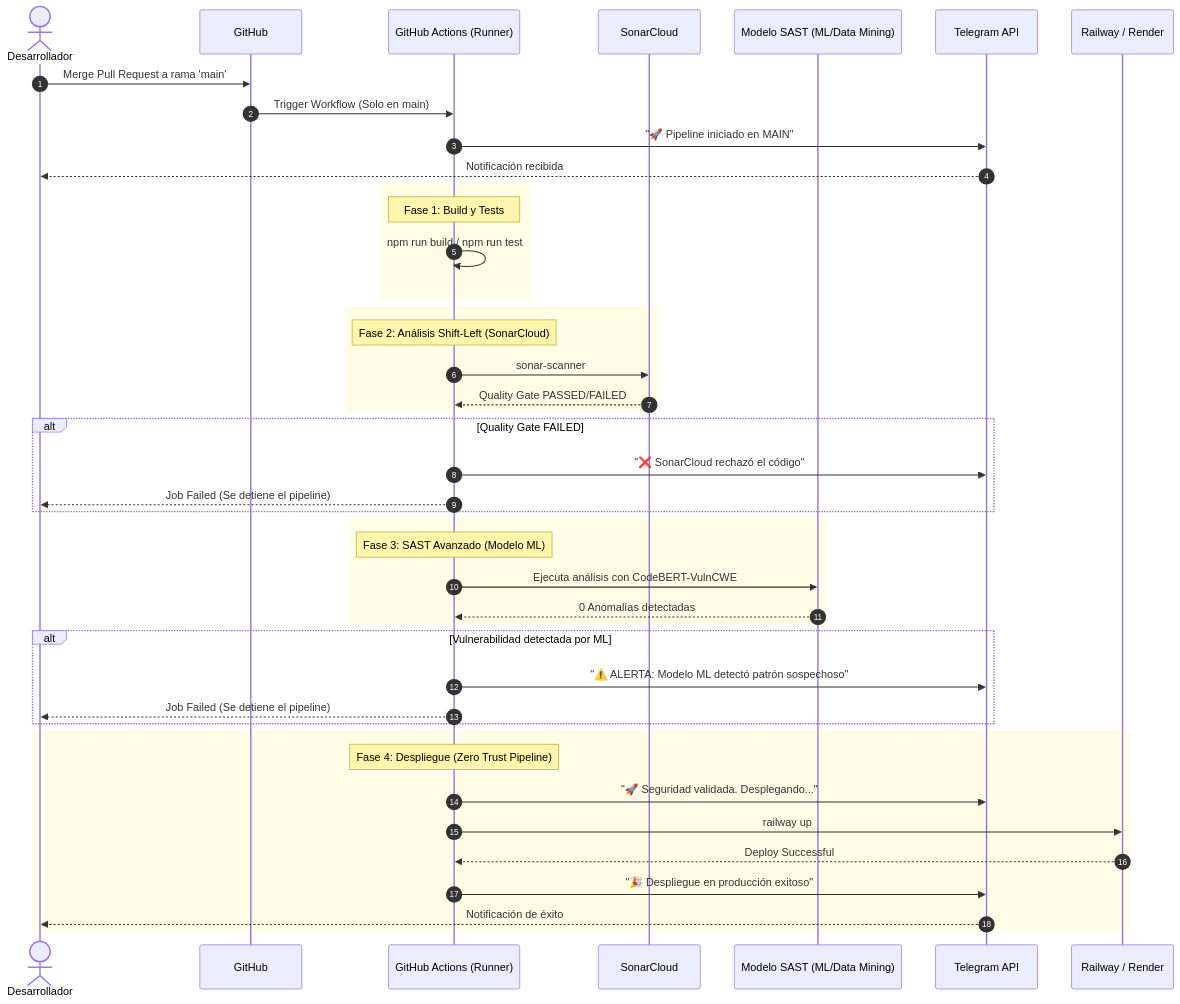
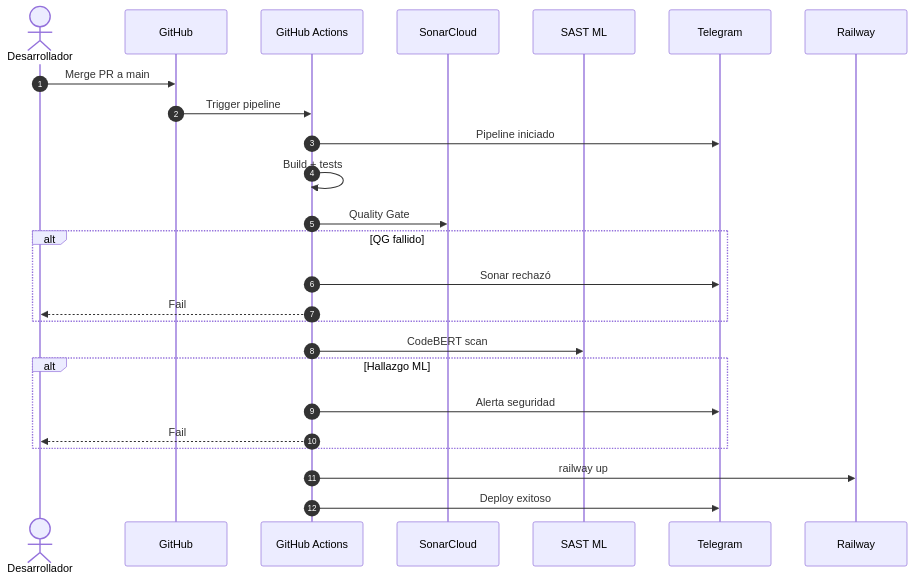
Before and after one commit to AlejandroToscan0/ProyectoP3_SWSeguro: the fourth of 4 diagrams in README.md, drawn with Mermaid. The commit also changed other lines of this file, not shown here.

````diff
--- a/README.md
+++ b/README.md
@@ -329,52 +238,28 @@
 ```mermaid
 sequenceDiagram
     autonumber
     actor Dev as Desarrollador
     participant GH as GitHub
-    participant GHA as GitHub Actions (Runner)
+    participant GHA as GitHub Actions
     participant SC as SonarCloud
-    participant ML as Modelo SAST (ML/Data Mining)
-    participant TG as Telegram API
-    participant RR as Railway / Render
+    participant ML as SAST ML
+    participant TG as Telegram
+    participant RR as Railway
 
-    Dev->>GH: Merge Pull Request a rama 'main'
-    GH->>GHA: Trigger Workflow (Solo en main)
-    GHA->>TG: "🚀 Pipeline iniciado en MAIN"
-    TG-->>Dev: Notificación recibida
-
-    rect rgb(255, 253, 230)
-    note over GHA: Fase 1: Build y Tests
-    GHA->>GHA: npm run build / npm run test
+    Dev->>GH: Merge PR a main
+    GH->>GHA: Trigger pipeline
+    GHA->>TG: Pipeline iniciado
+    GHA->>GHA: Build + tests
+    GHA->>SC: Quality Gate
+    alt QG fallido
+        GHA->>TG: Sonar rechazó
+        GHA-->>Dev: Fail
     end
-
-    rect rgb(255, 253, 230)
-    note over GHA: Fase 2: Análisis Shift-Left (SonarCloud)
-    GHA->>SC: sonar-scanner
-    SC-->>GHA: Quality Gate PASSED/FAILED
+    GHA->>ML: CodeBERT scan
+    alt Hallazgo ML
+        GHA->>TG: Alerta seguridad
+        GHA-->>Dev: Fail
     end
-
-    alt Quality Gate FAILED
-        GHA->>TG: "❌ SonarCloud rechazó el código"
-        GHA-->>Dev: Job Failed (Se detiene el pipeline)
-    end
-
-    rect rgb(255, 253, 230)
-    note over GHA: Fase 3: SAST Avanzado (Modelo ML)
-    GHA->>ML: Ejecuta análisis con CodeBERT-VulnCWE
-    ML-->>GHA: 0 Anomalías detectadas
-    end
-
-    alt Vulnerabilidad detectada por ML
-        GHA->>TG: "⚠️ ALERTA: Modelo ML detectó patrón sospechoso"
-        GHA-->>Dev: Job Failed (Se detiene el pipeline)
-    end
-
-    rect rgb(255, 253, 230)
-    note over GHA: Fase 4: Despliegue (Zero Trust Pipeline)
-    GHA->>TG: "🚀 Seguridad validada. Desplegando..."
     GHA->>RR: railway up
-    RR-->>GHA: Deploy Successful
-    GHA->>TG: "🎉 Despliegue en producción exitoso"
-    TG-->>Dev: Notificación de éxito
-    end
+    GHA->>TG: Deploy exitoso
 ```
````
